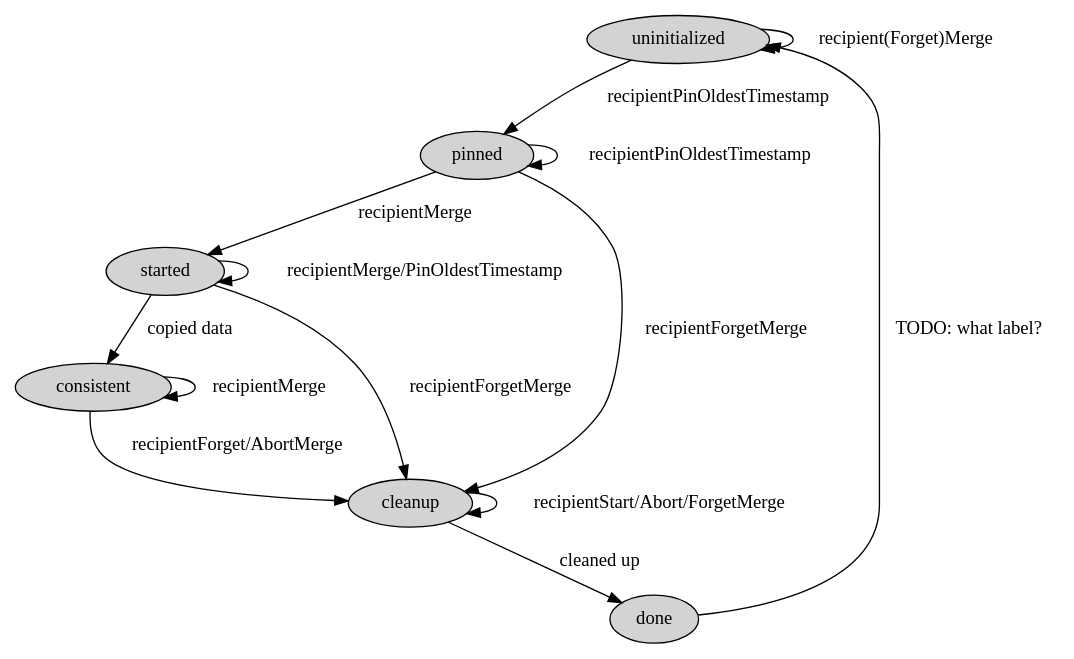
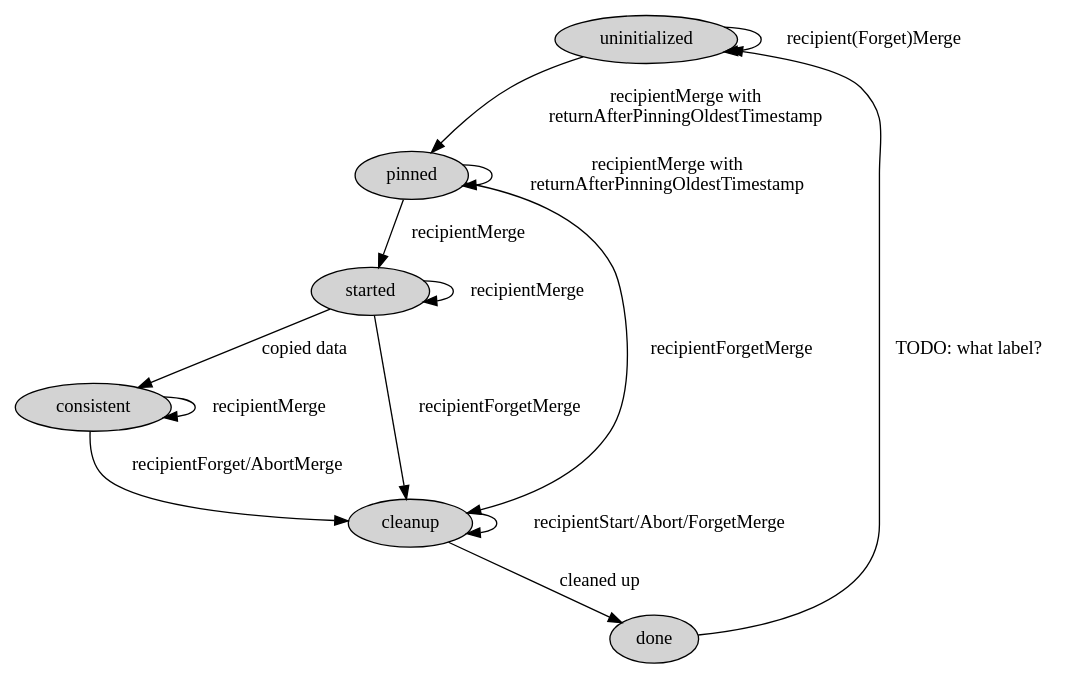
Before and after one commit to ajdavis/begin-implementing-merge: the diagram in merge-recipient.dot, drawn with Graphviz. The commit also changed 1 other file, not shown here.

Commit message:
remove recipientPinOldestTimestamp

```diff
--- a/merge-recipient.dot
+++ b/merge-recipient.dot
@@ -1,22 +1,22 @@
 digraph G {
 	node [style=filled];
     b0 [label="uninitialized"];
     b5 [label="pinned"];
     b1 [label="started"];
     b2 [label="consistent"];
     b3 [label="cleanup"];
     b4 [label="done"];
     b0 -> b0 [label="recipient(Forget)Merge"];
-    b0 -> b5 [label="recipientPinOldestTimestamp"];
+    b0 -> b5 [label="recipientMerge with\nreturnAfterPinningOldestTimestamp"];
     b5 -> b1 [label="recipientMerge"];
     b5 -> b3 [label="recipientForgetMerge"];
-    b5 -> b5 [label="recipientPinOldestTimestamp"];
+    b5 -> b5 [label="recipientMerge with\nreturnAfterPinningOldestTimestamp"];
     b1 -> b2 [label="copied data"];
-    b1 -> b1 [label="recipientMerge/PinOldestTimestamp"];
+    b1 -> b1 [label="recipientMerge"];
     b1 -> b3 [label="recipientForgetMerge"];
     b2 -> b3 [label="recipientForget/AbortMerge"];
     b2 -> b2 [label="recipientMerge"];
     b3 -> b3 [label="recipientStart/Abort/ForgetMerge"];
     b3 -> b4 [label="cleaned up"];
     b4 -> b0 [label="TODO: what label?"];
 }
```
